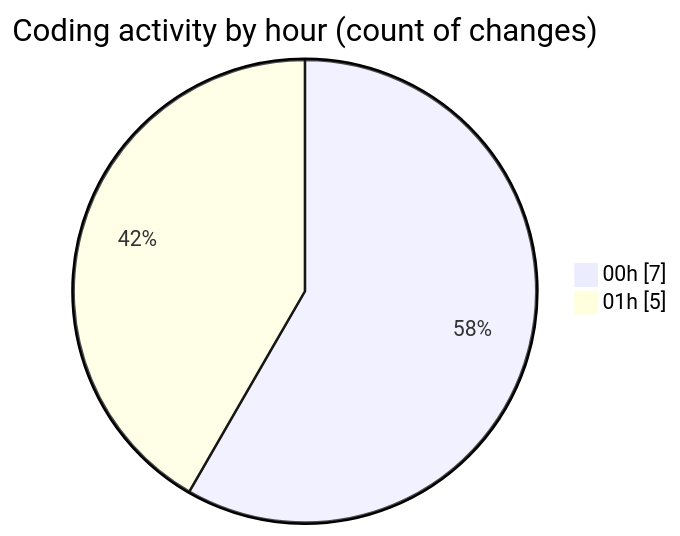
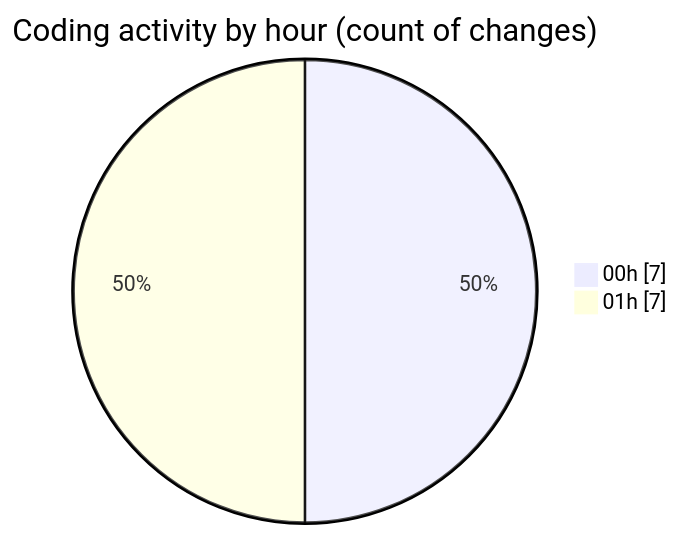
Before and after one commit to donsfak/code-tracking: the second of 2 diagrams in 2025-02-27/drivers_app/README.md, drawn with Mermaid. The commit also changed other lines of this file and 1 other file, not shown here.

````diff
--- a/2025-02-27/drivers_app/README.md
+++ b/2025-02-27/drivers_app/README.md
@@ -31,6 +33,6 @@
 ```mermaid
 pie showData
 title Coding activity by hour (count of changes)
 "00h" : 7
-"01h" : 5
+"01h" : 7
 ```
````
